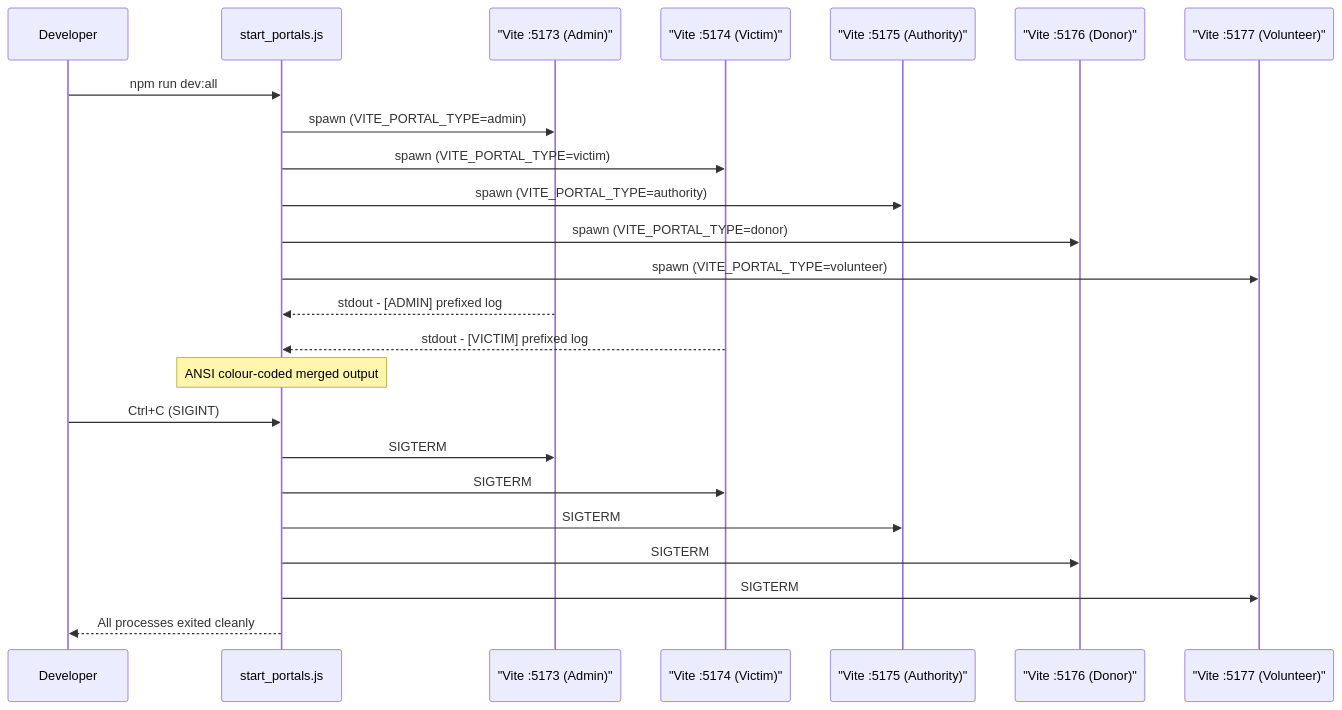
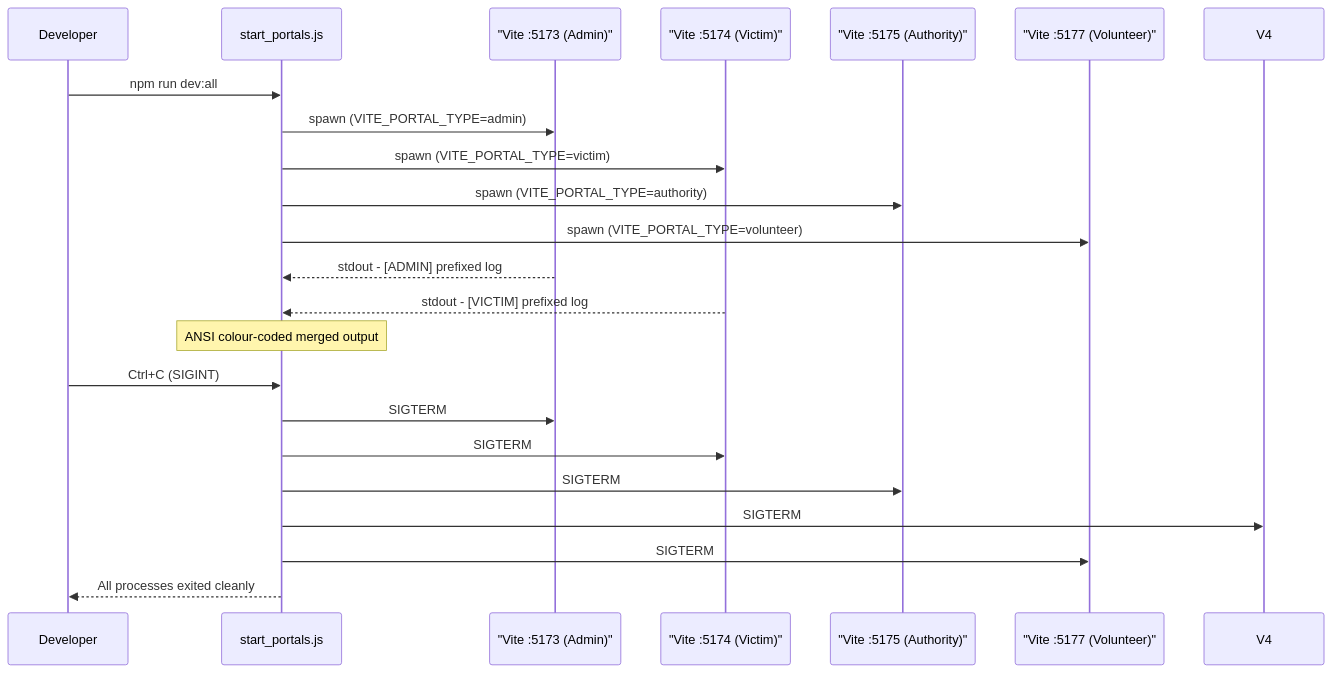
Before and after one commit to kavithaniwandi/R26-IT-047: the third of 3 diagrams in docs/08_frontend_portal_guide.md, drawn with Mermaid. The commit also changed other lines of this file and 22 other files, not shown here.

````diff
--- a/docs/08_frontend_portal_guide.md
+++ b/docs/08_frontend_portal_guide.md
@@ -285,27 +281,25 @@
 ```mermaid
 sequenceDiagram
     participant Dev as Developer
     participant Script as start_portals.js
     participant V1 as "Vite :5173 (Admin)"
     participant V2 as "Vite :5174 (Victim)"
     participant V3 as "Vite :5175 (Authority)"
-    participant V4 as "Vite :5176 (Donor)"
     participant V5 as "Vite :5177 (Volunteer)"
 
     Dev->>Script: npm run dev:all
     Script->>V1: spawn (VITE_PORTAL_TYPE=admin)
     Script->>V2: spawn (VITE_PORTAL_TYPE=victim)
     Script->>V3: spawn (VITE_PORTAL_TYPE=authority)
-    Script->>V4: spawn (VITE_PORTAL_TYPE=donor)
     Script->>V5: spawn (VITE_PORTAL_TYPE=volunteer)
     V1-->>Script: stdout - [ADMIN] prefixed log
     V2-->>Script: stdout - [VICTIM] prefixed log
     Note over Script: ANSI colour-coded merged output
     Dev->>Script: Ctrl+C (SIGINT)
     Script->>V1: SIGTERM
     Script->>V2: SIGTERM
     Script->>V3: SIGTERM
     Script->>V4: SIGTERM
     Script->>V5: SIGTERM
     Script-->>Dev: All processes exited cleanly
 ```
````
